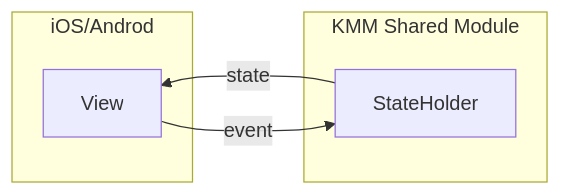
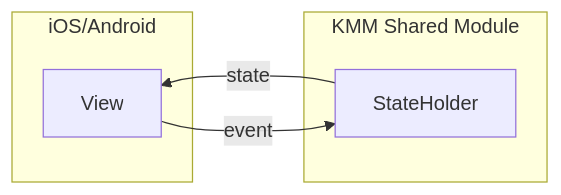
One commit to jstarczewski/kstate changed the diagram in README.md. Above: the diagram before and after it, drawn with Mermaid. The commit also changed other lines of this file, not shown here.

````diff
--- a/README.md
+++ b/README.md
@@ -20,11 +20,11 @@
 ```mermaid
 flowchart RL
     subgraph KMM Shared Module
     StateHolder 
     end
-    subgraph iOS/Androd
+    subgraph iOS/Android
     View
     end
     StateHolder -- state --> View
     View -- event --> StateHolder
 ```
````
